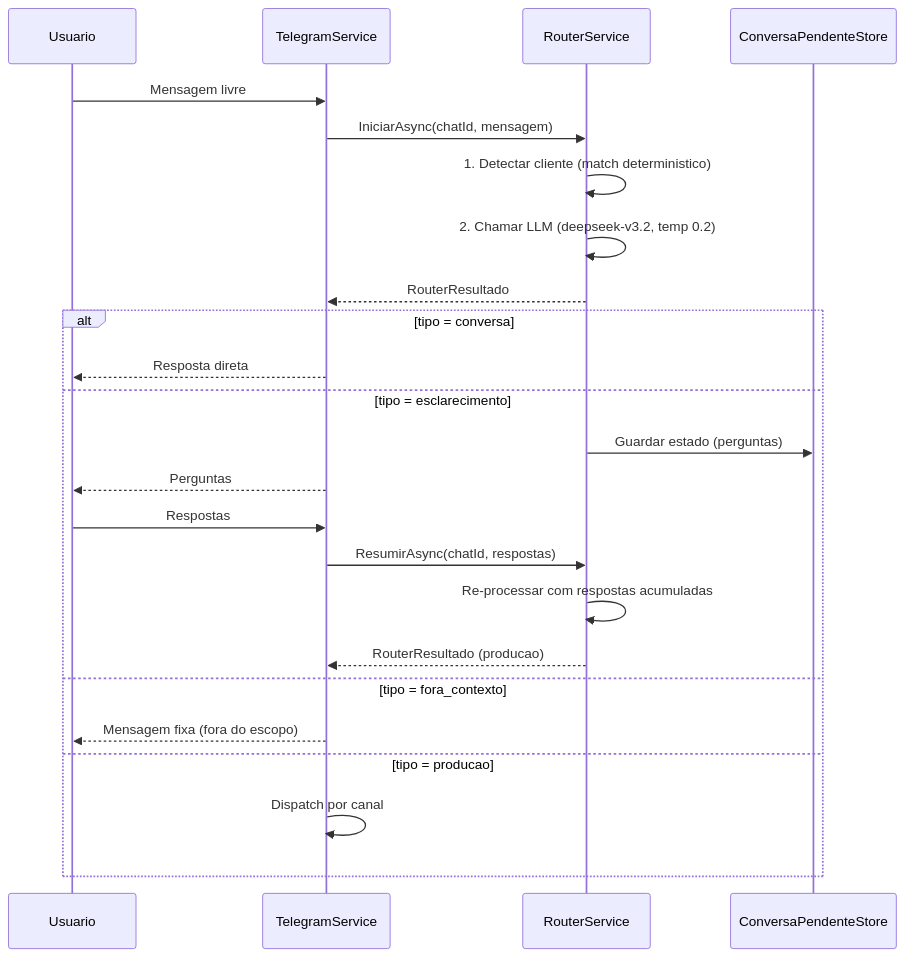
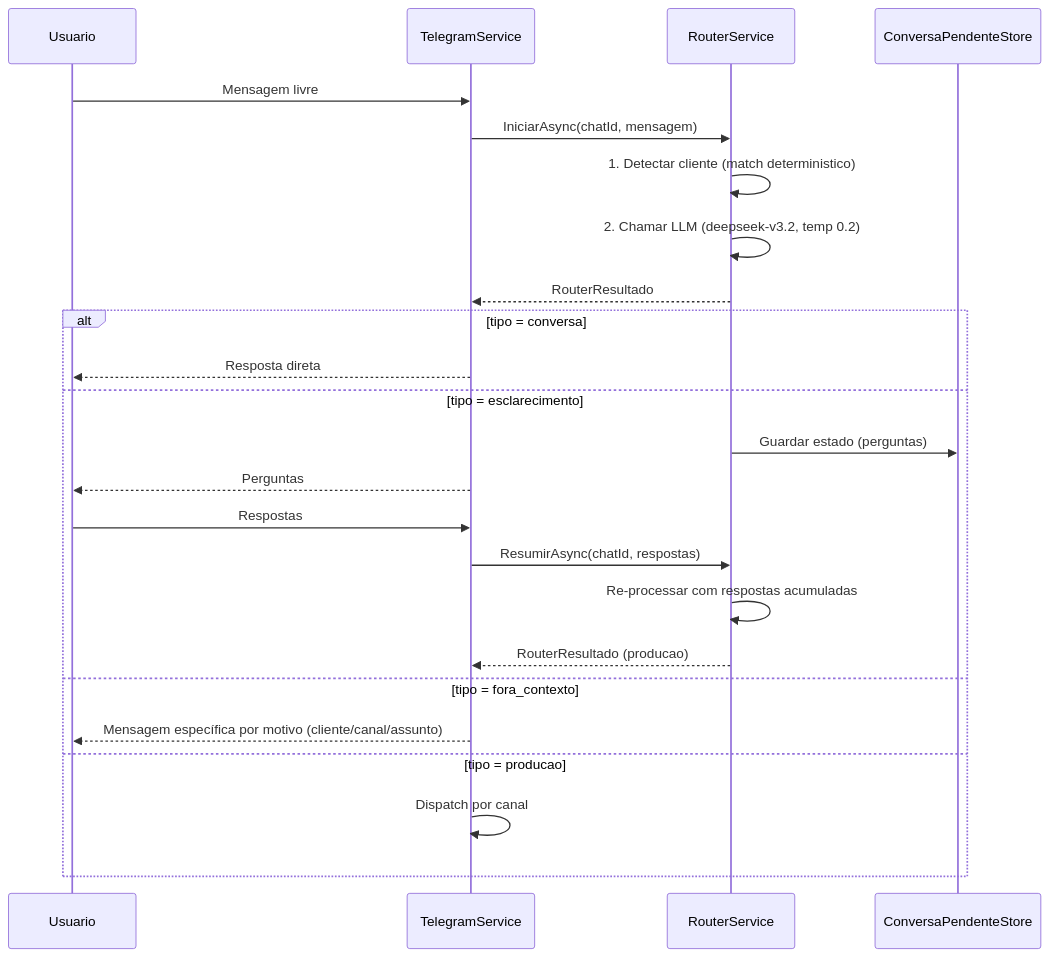
Before and after one commit to joaopedro-marques/suspira.fluxo.demo: the second of 6 diagrams in docs/ARCHITECTURE.md, drawn with Mermaid. The commit also changed other lines of this file and 2 other files, not shown here.

First line of the commit message:
docs: documentar escopo configurável e etapa fora_contexto

````diff
--- a/docs/ARCHITECTURE.md
+++ b/docs/ARCHITECTURE.md
@@ -67,29 +67,29 @@
 ```mermaid
 sequenceDiagram
     participant U as Usuario
     participant T as TelegramService
     participant R as RouterService
     participant PS as ConversaPendenteStore
     
     U->>T: Mensagem livre
     T->>R: IniciarAsync(chatId, mensagem)
     
     R->>R: 1. Detectar cliente (match deterministico)
     R->>R: 2. Chamar LLM (deepseek-v3.2, temp 0.2)
     R-->>T: RouterResultado
     
     alt tipo = conversa
         T-->>U: Resposta direta
     else tipo = esclarecimento
         R->>PS: Guardar estado (perguntas)
         T-->>U: Perguntas
         U->>T: Respostas
         T->>R: ResumirAsync(chatId, respostas)
         R->>R: Re-processar com respostas acumuladas
         R-->>T: RouterResultado (producao)
     else tipo = fora_contexto
-        T-->>U: Mensagem fixa (fora do escopo)
+        T-->>U: Mensagem específica por motivo (cliente/canal/assunto)
     else tipo = producao
         T->>T: Dispatch por canal
     end
 ```
````
